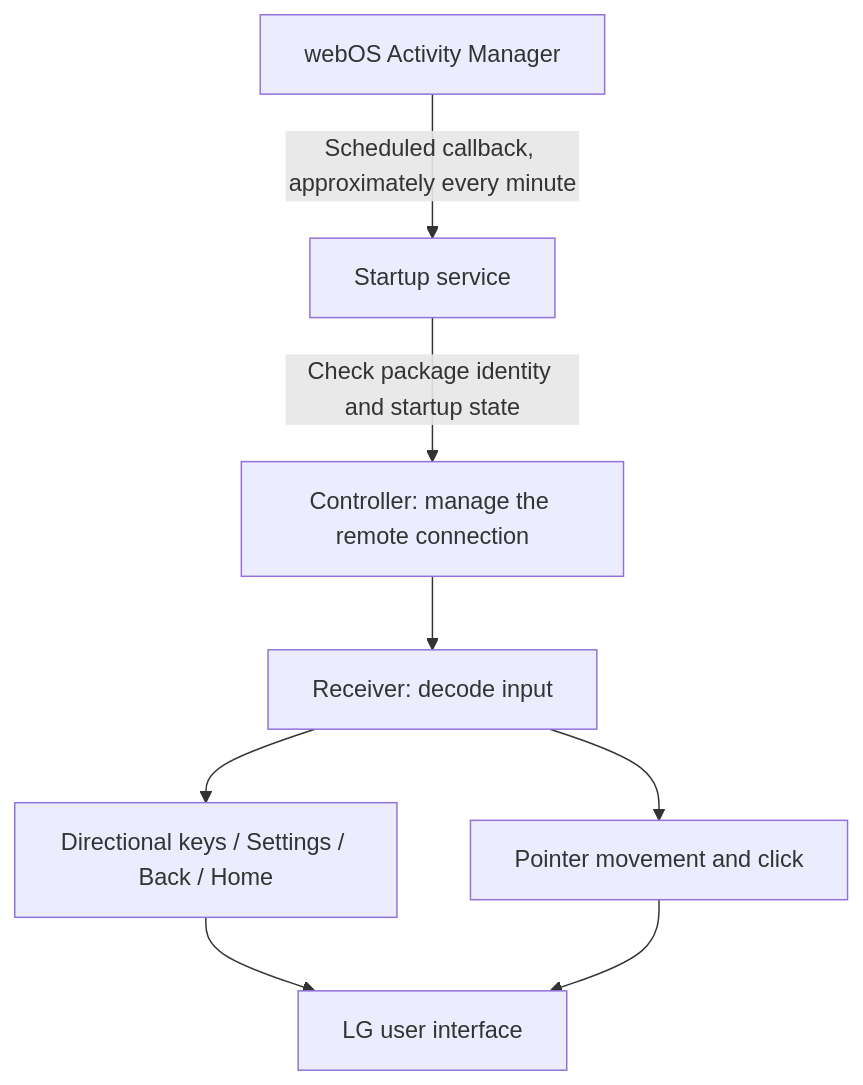
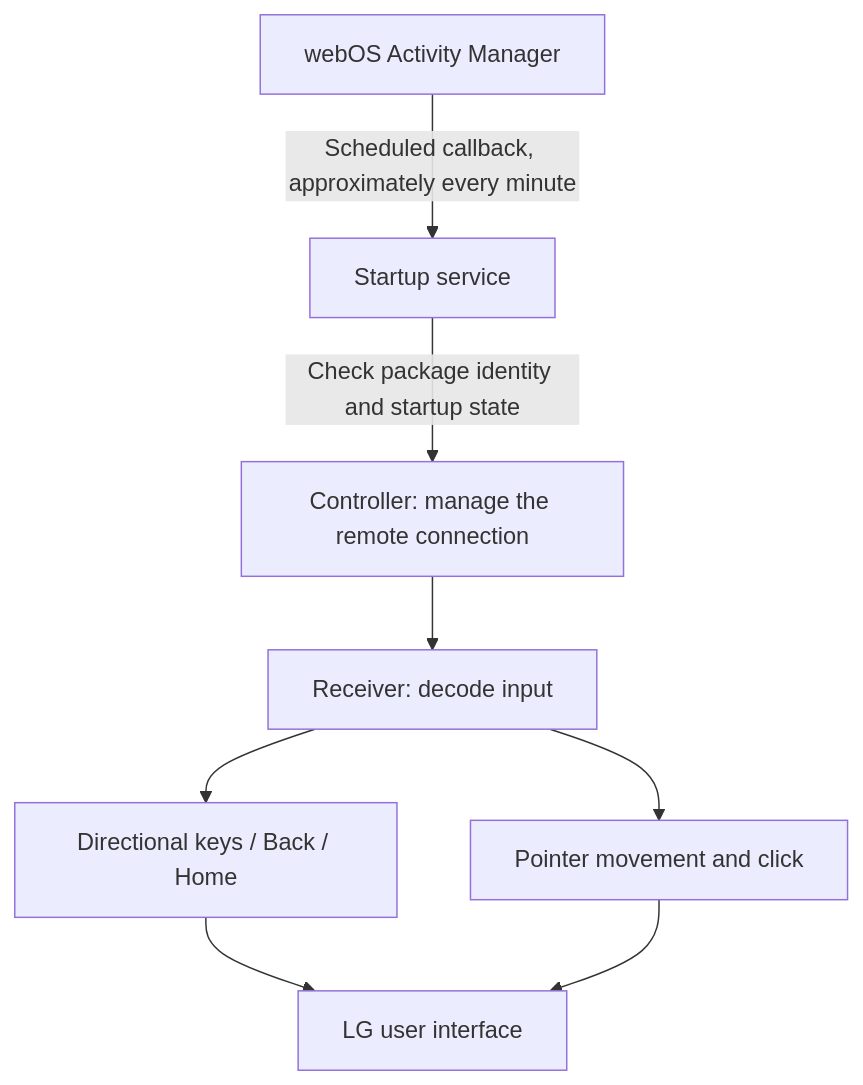
One commit to super-dog-human/magic-sirimote changed the third of 9 diagrams in README.md. Above: the diagram before and after it, drawn with Mermaid. The commit also changed other lines of this file and 12 other files, not shown here.

````diff
--- a/README.md
+++ b/README.md
@@ -65,10 +79,10 @@
 ```mermaid
 flowchart TD
     OS["webOS Activity Manager"] -->|"Scheduled callback, approximately every minute"| S["Startup service"]
     S -->|"Check package identity and startup state"| C["Controller: manage the remote connection"]
     C --> R["Receiver: decode input"]
-    R --> D["Directional keys / Settings / Back / Home"]
+    R --> D["Directional keys / Back / Home"]
     R --> P["Pointer movement and click"]
     D --> TV["LG user interface"]
     P --> TV
 ```
````
